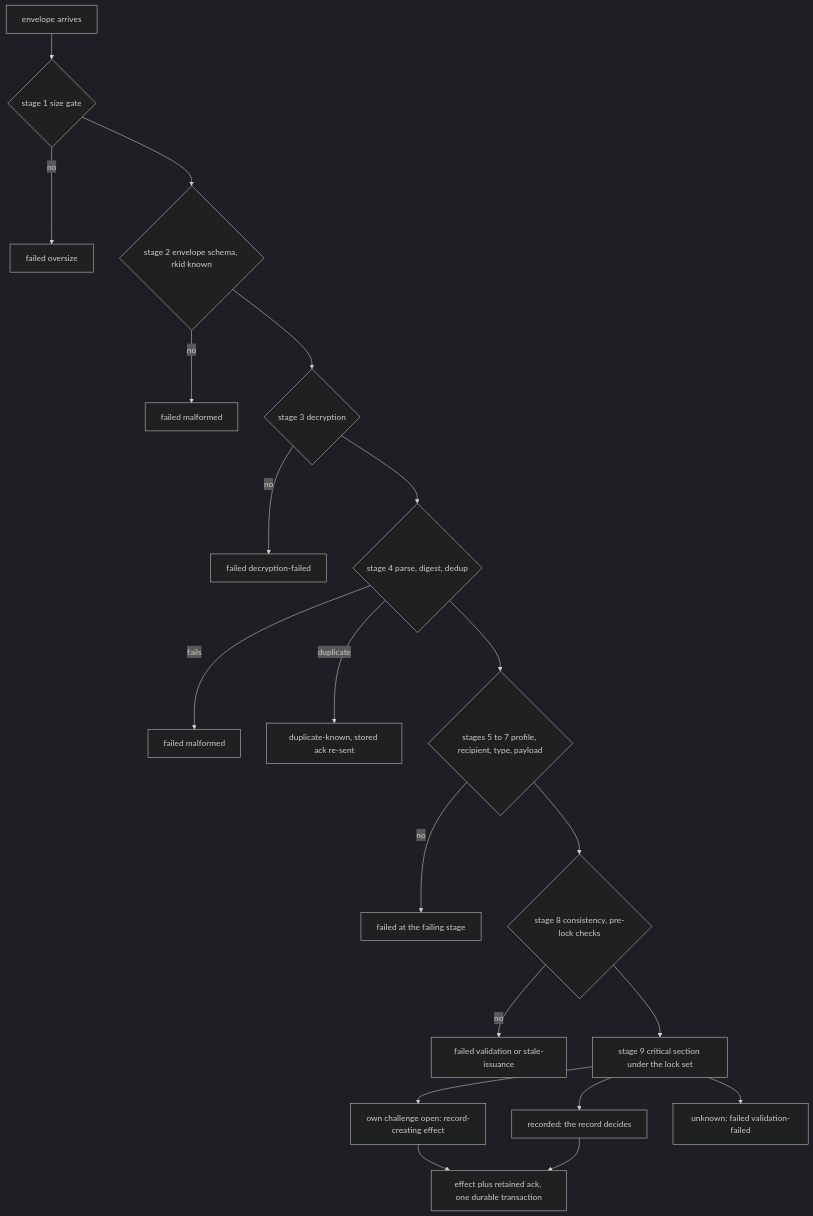
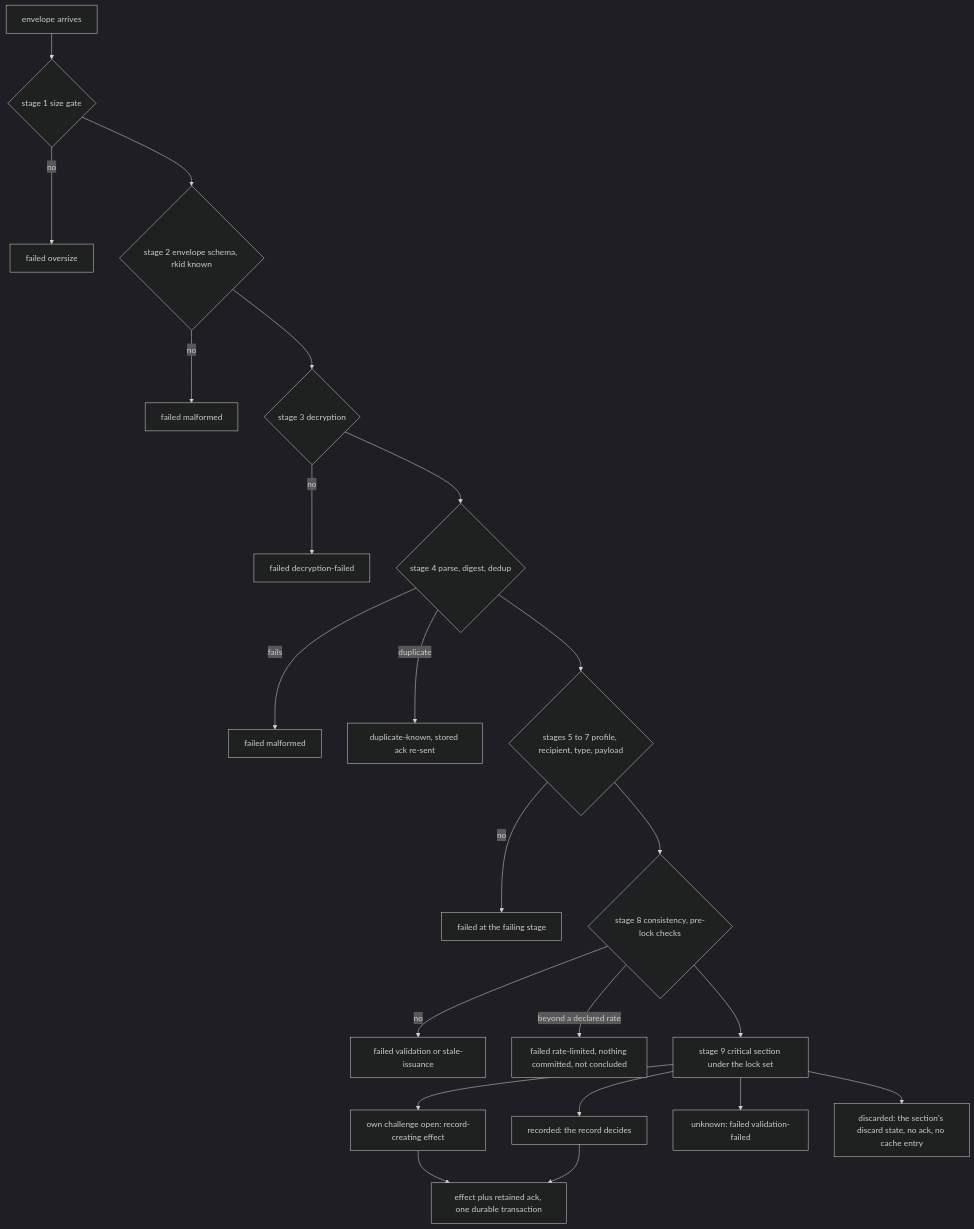
One commit to real-life-org/trust-protocol changed the diagram in spec/delivery-contract.md. Above: the diagram before and after it, drawn with Mermaid (dark theme). The commit also changed other lines of this file and 12 other files, not shown here.

````diff
--- a/spec/delivery-contract.md
+++ b/spec/delivery-contract.md
@@ -2305,22 +2407,24 @@
 ```mermaid
 flowchart TD
     E[envelope arrives] --> S1{stage 1 size gate}
     S1 -- no --> F1[failed oversize]
     S1 --> S2{stage 2 envelope schema, rkid known}
     S2 -- no --> F2[failed malformed]
     S2 --> S3{stage 3 decryption}
     S3 -- no --> F3[failed decryption-failed]
     S3 --> S4{stage 4 parse, digest, dedup}
     S4 -- fails --> F4[failed malformed]
     S4 -- duplicate --> DK[duplicate-known, stored ack re-sent]
     S4 --> S5{stages 5 to 7 profile, recipient, type, payload}
     S5 -- no --> F5[failed at the failing stage]
     S5 --> S8{stage 8 consistency, pre-lock checks}
     S8 -- no --> F8[failed validation or stale-issuance]
+    S8 -- beyond a declared rate --> RL[failed rate-limited, nothing committed, not concluded]
     S8 --> S9[stage 9 critical section under the lock set]
     S9 --> EO[own challenge open: record-creating effect]
     S9 --> ER[recorded: the record decides]
     S9 --> EU[unknown: failed validation-failed]
+    S9 --> DS[discarded: the section's discard state, no ack, no cache entry]
     EO --> U[effect plus retained ack, one durable transaction]
     ER --> U
 ```
````
